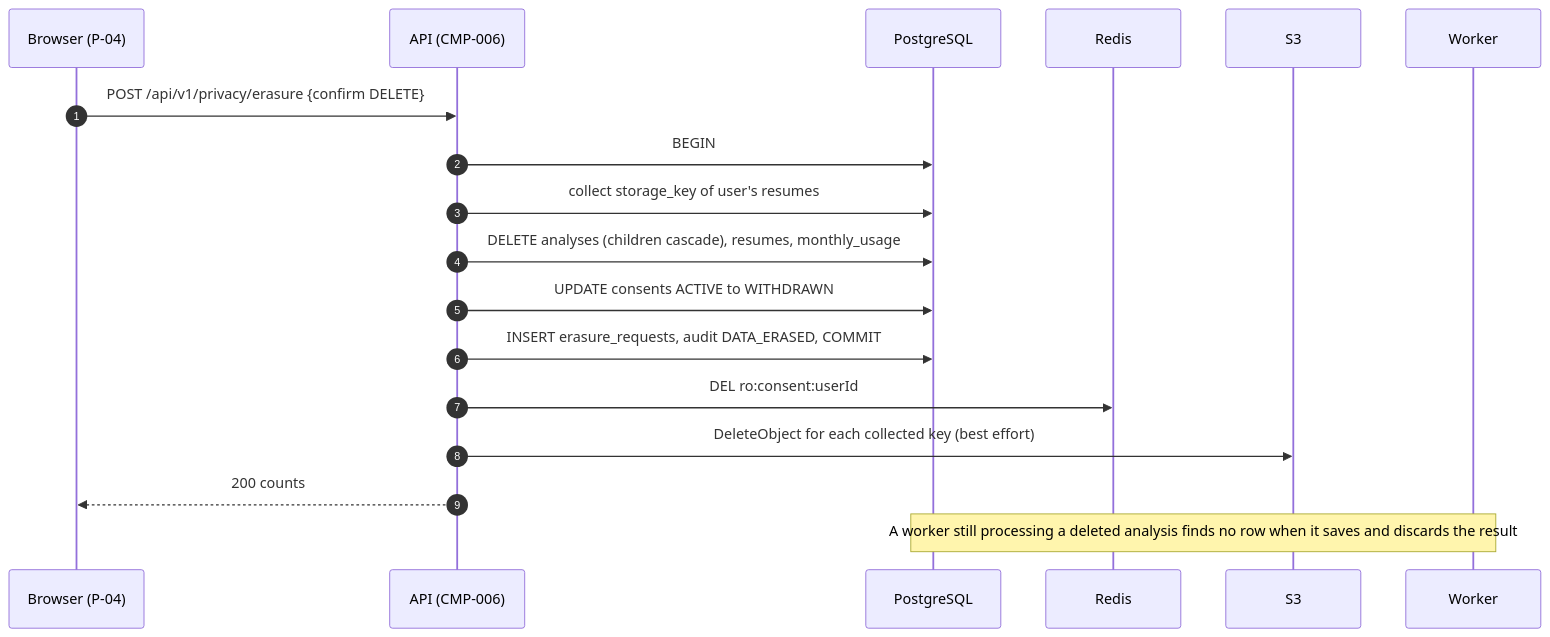
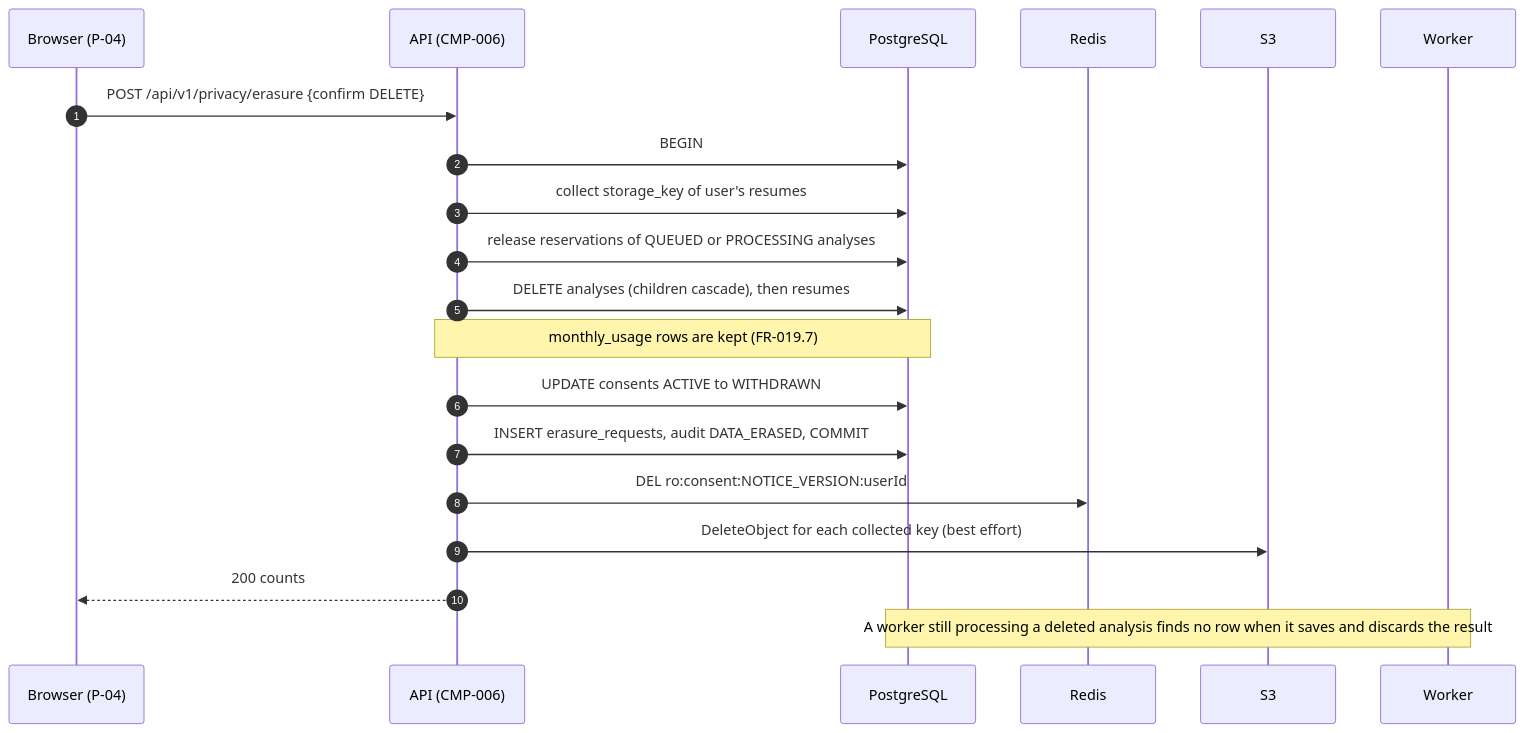
Before and after one commit to divii-school/spec-homework: the sixth of 10 diagrams in neeraj/spec.md, drawn with Mermaid. The commit also changed other lines of this file and 1 other file, not shown here.

````diff
--- a/neeraj/spec.md
+++ b/neeraj/spec.md
@@ -808,20 +875,22 @@
 ```mermaid
 sequenceDiagram
   autonumber
   participant B as Browser (P-04)
   participant A as API (CMP-006)
   participant D as PostgreSQL
   participant R as Redis
   participant S as S3
   participant W as Worker
   B->>A: POST /api/v1/privacy/erasure {confirm DELETE}
   A->>D: BEGIN
   A->>D: collect storage_key of user's resumes
-  A->>D: DELETE analyses (children cascade), resumes, monthly_usage
+  A->>D: release reservations of QUEUED or PROCESSING analyses
+  A->>D: DELETE analyses (children cascade), then resumes
+  Note over A,D: monthly_usage rows are kept (FR-019.7)
   A->>D: UPDATE consents ACTIVE to WITHDRAWN
   A->>D: INSERT erasure_requests, audit DATA_ERASED, COMMIT
-  A->>R: DEL ro:consent:userId
+  A->>R: DEL ro:consent:NOTICE_VERSION:userId
   A->>S: DeleteObject for each collected key (best effort)
   A-->>B: 200 counts
   Note over W,D: A worker still processing a deleted analysis finds no row when it saves and discards the result
 ```
````
